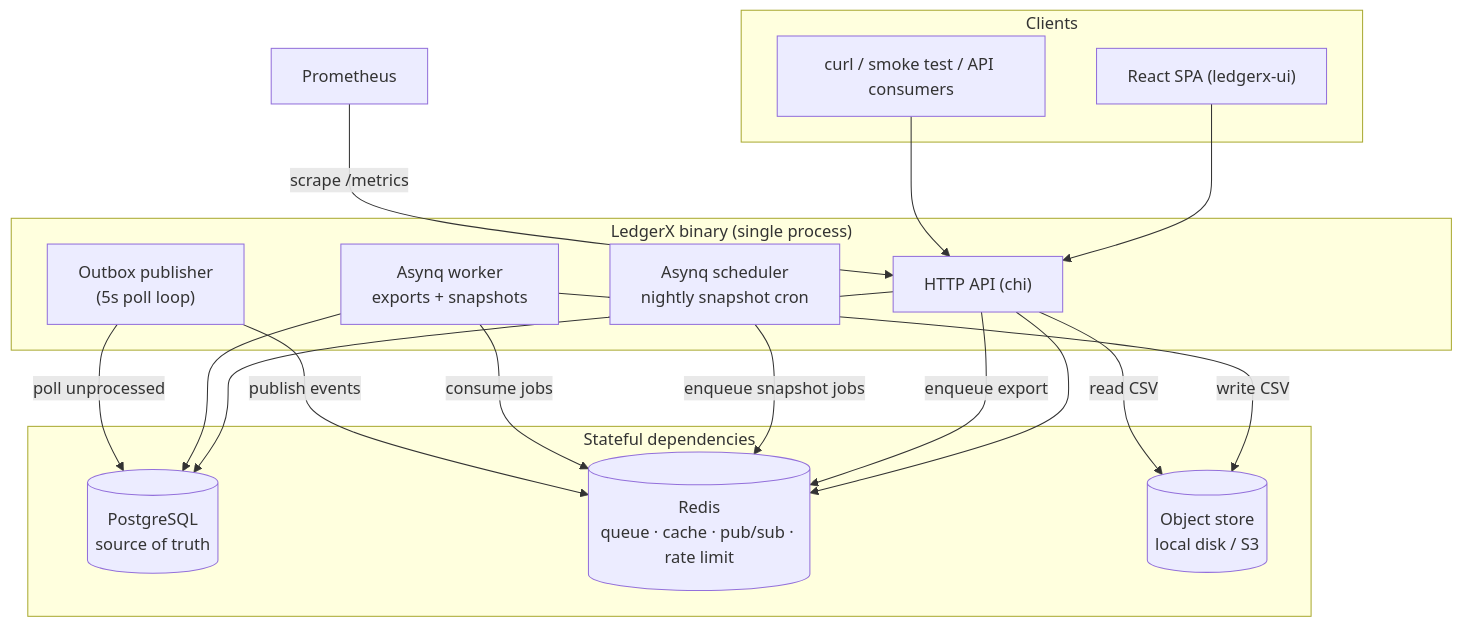
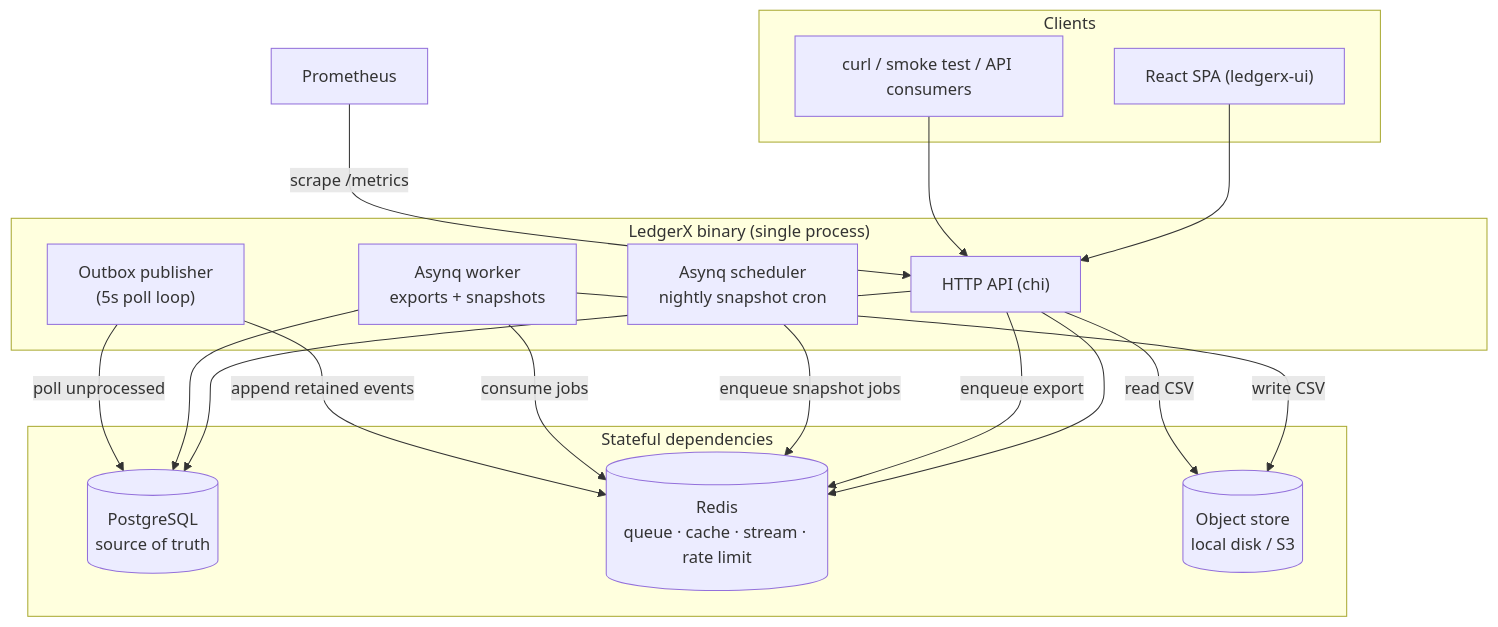
One commit to EftikharAzim/LedgerX changed the first of 3 diagrams in docs/ARCHITECTURE.md. Above: the diagram before and after it, drawn with Mermaid. The commit also changed other lines of this file and 94 other files, not shown here.

````diff
--- a/docs/ARCHITECTURE.md
+++ b/docs/ARCHITECTURE.md
@@ -17,36 +17,36 @@
 ```mermaid
 graph TD
     subgraph client["Clients"]
         UI["React SPA (ledgerx-ui)"]
         CLI["curl / smoke test / API consumers"]
     end
 
     subgraph binary["LedgerX binary (single process)"]
         API["HTTP API (chi)"]
         WORKER["Asynq worker<br/>exports + snapshots"]
         SCHED["Asynq scheduler<br/>nightly snapshot cron"]
         OUTBOX["Outbox publisher<br/>(5s poll loop)"]
     end
 
     subgraph stores["Stateful dependencies"]
         PG[("PostgreSQL<br/>source of truth")]
-        REDIS[("Redis<br/>queue · cache · pub/sub · rate limit")]
+        REDIS[("Redis<br/>queue · cache · stream · rate limit")]
         OBJ[("Object store<br/>local disk / S3")]
     end
 
     PROM["Prometheus"]
 
     UI --> API
     CLI --> API
     API --> PG
     API --> REDIS
     API -->|enqueue export| REDIS
     WORKER --> PG
     WORKER -->|write CSV| OBJ
     API -->|read CSV| OBJ
     SCHED -->|enqueue snapshot jobs| REDIS
     WORKER -->|consume jobs| REDIS
     OUTBOX -->|poll unprocessed| PG
-    OUTBOX -->|publish events| REDIS
+    OUTBOX -->|append retained events| REDIS
     PROM -->|scrape /metrics| API
 ```
````
